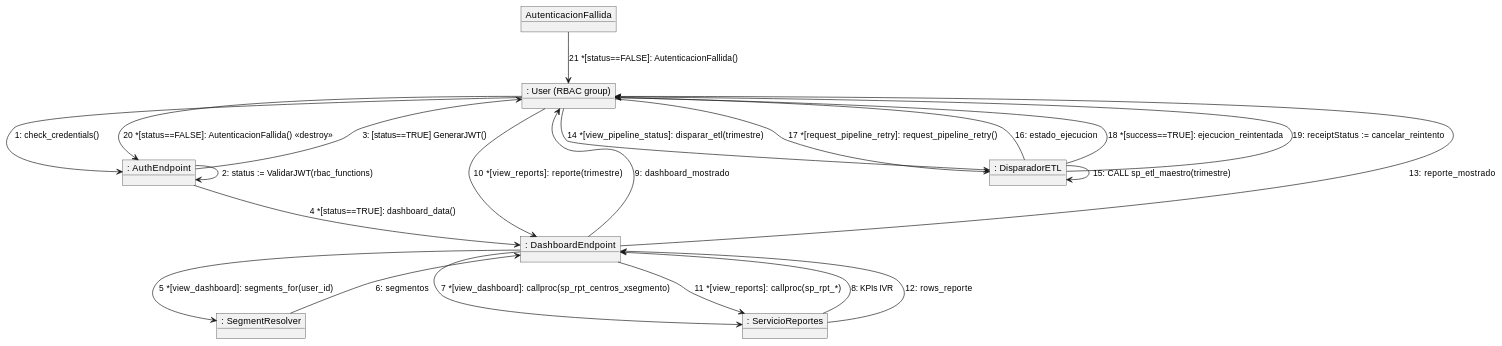
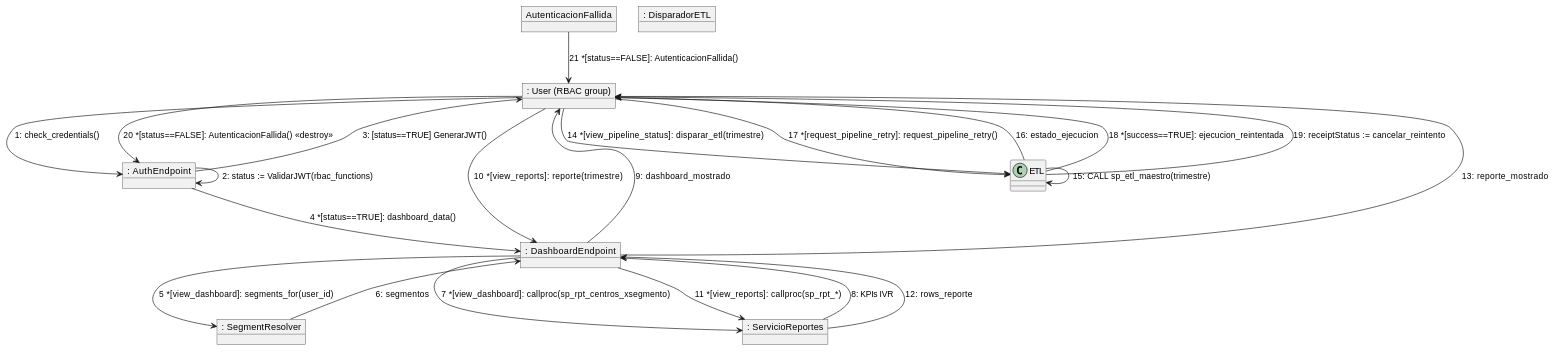
One commit to jcg-admin/IACT-docs changed the diagram in source/arquitectura-tecnica/UMLSystemView/comunicacion.rst. Above: the diagram before and after it, drawn with PlantUML. The commit also changed 47 other files, not shown here.

First line of the commit message:
Fix cryptic PlantUML aliases in UC and architecture files (STD_011)

```diff
--- a/source/arquitectura-tecnica/UMLSystemView/comunicacion.rst
+++ b/source/arquitectura-tecnica/UMLSystemView/comunicacion.rst
@@ -27,36 +27,36 @@
 .. uml::
  :caption: Figura 10 — Diagrama de comunicacion del Sistema IACT
 
  @startuml
 
  object ": User (RBAC group)" as UserRBAC
  object ": AuthEndpoint" as AuthEndpoint
  object ": DashboardEndpoint" as DashboardEndpoint
  object ": SegmentResolver" as SegmentResolver
  object ": ServicioReportes" as ServicioReportes
- object ": DisparadorETL" as ETL
+ object ": DisparadorETL" as ProcesoETL
  object "AutenticacionFallida" as AutenticacionFallida
 
  UserRBAC --> AuthEndpoint : 1: check_credentials()
  AuthEndpoint --> AuthEndpoint : 2: status := ValidarJWT(rbac_functions)
  AuthEndpoint --> UserRBAC : 3: [status==TRUE] GenerarJWT()
  AuthEndpoint --> DashboardEndpoint : 4 *[status==TRUE]: dashboard_data()
  DashboardEndpoint --> SegmentResolver : 5 *[view_dashboard]: segments_for(user_id)
  SegmentResolver --> DashboardEndpoint : 6: segmentos
  DashboardEndpoint --> ServicioReportes : 7 *[view_dashboard]: callproc(sp_rpt_centros_xsegmento)
  ServicioReportes --> DashboardEndpoint : 8: KPIs IVR
  DashboardEndpoint --> UserRBAC : 9: dashboard_mostrado
  UserRBAC --> DashboardEndpoint : 10 *[view_reports]: reporte(trimestre)
  DashboardEndpoint --> ServicioReportes : 11 *[view_reports]: callproc(sp_rpt_*)
  ServicioReportes --> DashboardEndpoint : 12: rows_reporte
  DashboardEndpoint --> UserRBAC : 13: reporte_mostrado
  UserRBAC --> ETL : 14 *[view_pipeline_status]: disparar_etl(trimestre)
  ETL --> ETL : 15: CALL sp_etl_maestro(trimestre)
  ETL --> UserRBAC : 16: estado_ejecucion
  UserRBAC --> ETL : 17 *[request_pipeline_retry]: request_pipeline_retry()
  ETL --> UserRBAC : 18 *[success==TRUE]: ejecucion_reintentada
  ETL --> UserRBAC : 19: receiptStatus := cancelar_reintento
  UserRBAC --> AuthEndpoint : 20 *[status==FALSE]: AutenticacionFallida() <<destroy>>
  AutenticacionFallida --> UserRBAC : 21 *[status==FALSE]: AutenticacionFallida()
 
  @enduml
```
